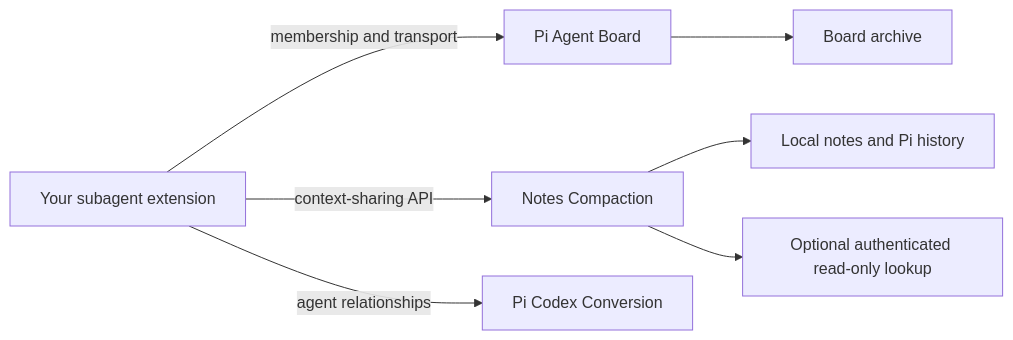
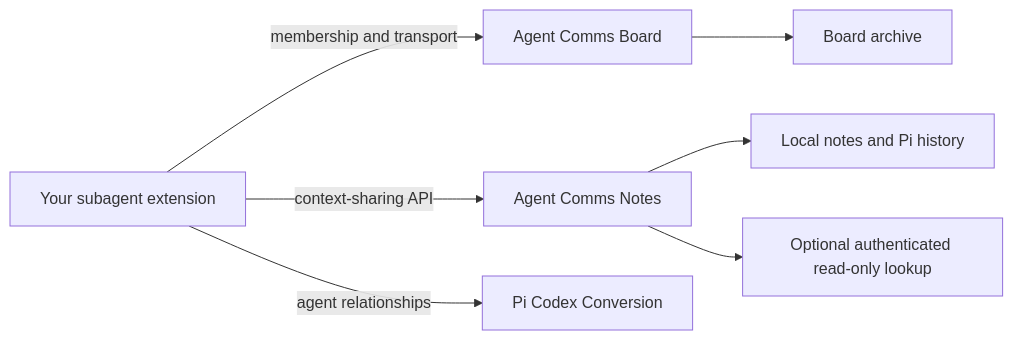
One commit to IgorWarzocha/howaboua-pi-stuff changed the first of 3 diagrams in docs/extension-apis.md. Above: the diagram before and after it, drawn with Mermaid. The commit also changed other lines of this file and 793 other files, not shown here.

First line of the commit message:
feat: release Agent Comms and Core-native Shepherdr (#597)

````diff
--- a/docs/extension-apis.md
+++ b/docs/extension-apis.md
@@ -28,9 +28,9 @@
 ```mermaid
 flowchart LR
-    Host["Your subagent extension"] -->|"membership and transport"| Board["Pi Agent Board"]
-    Host -->|"context-sharing API"| Notes["Notes Compaction"]
+    Host["Your subagent extension"] -->|"membership and transport"| Board["Agent Comms Board"]
+    Host -->|"context-sharing API"| Notes["Agent Comms Notes"]
     Host -->|"agent relationships"| PCC["Pi Codex Conversion"]
     Board --> Archive["Board archive"]
     Notes --> Local["Local notes and Pi history"]
     Notes --> Remote["Optional authenticated read-only lookup"]
 ```
````
